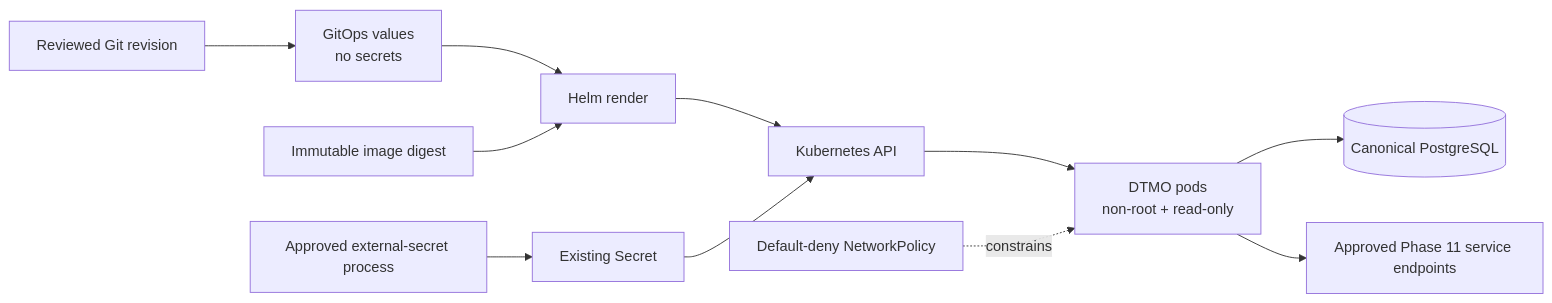
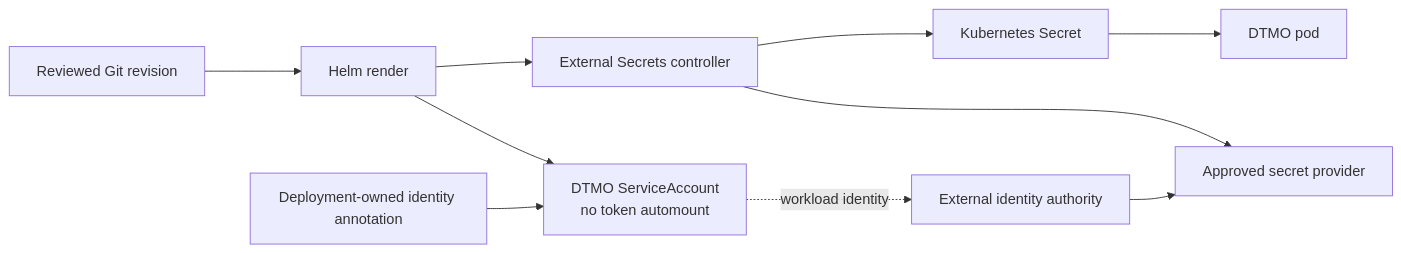
Before and after one commit to GJvManen/dtmo: the diagram in docs/README.md, drawn with Mermaid. The commit also changed other lines of this file, not shown here.

Commit message:
Phase 11.8b: update documentation portal

````diff
--- a/docs/README.md
+++ b/docs/README.md
@@ -79,13 +81,12 @@
 ```mermaid
 flowchart LR
-    G[Reviewed Git revision] --> V[GitOps values\nno secrets]
-    V --> H[Helm render]
-    I[Immutable image digest] --> H
-    H --> K[Kubernetes API]
-    S[Approved external-secret process] --> X[Existing Secret]
-    X --> K
-    K --> P[DTMO pods\nnon-root + read-only]
-    N[Default-deny NetworkPolicy] -. constrains .-> P
-    P --> C[(Canonical PostgreSQL)]
-    P --> E[Approved Phase 11 service endpoints]
+    G[Reviewed Git revision] --> H[Helm render]
+    H --> SA[DTMO ServiceAccount\nno token automount]
+    A[Deployment-owned identity annotation] --> SA
+    SA -. workload identity .-> I[External identity authority]
+    I --> P[Approved secret provider]
+    E[External Secrets controller] --> P
+    H --> E
+    E --> S[Kubernetes Secret]
+    S --> D[DTMO pod]
 ```
````
